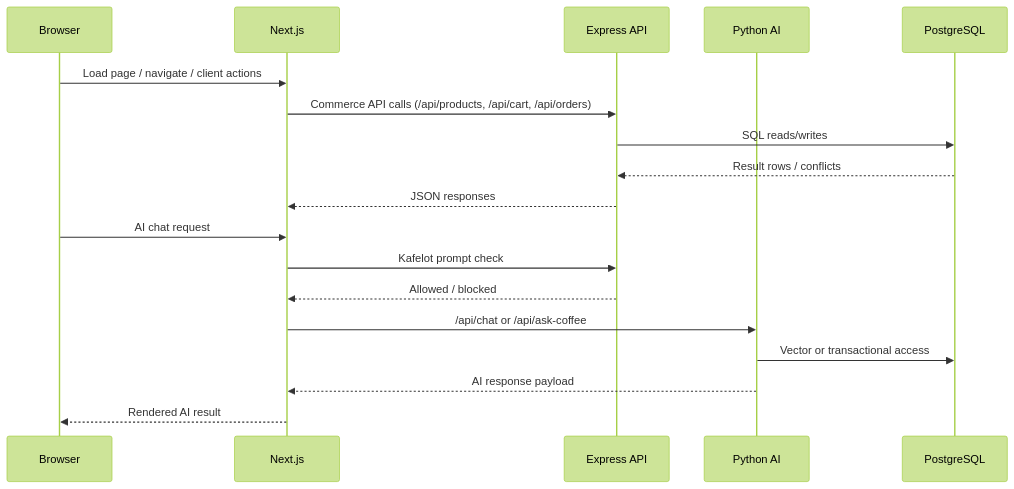
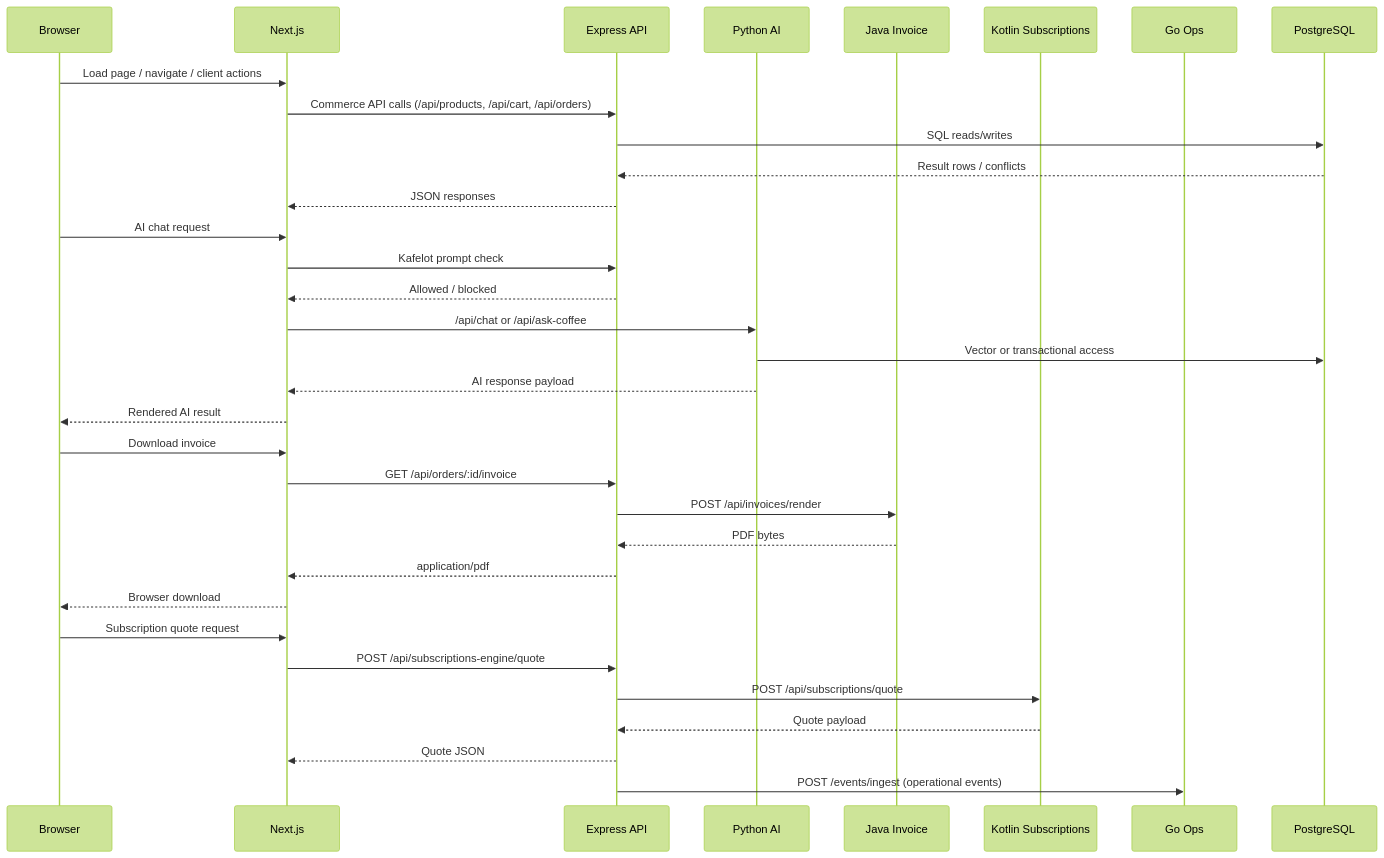
Before and after one commit to DarkShadow1107/filspresso_next: the second of 10 diagrams in README.md, drawn with Mermaid (forest theme). The commit also changed other lines of this file and 22 other files, not shown here.

````diff
--- a/README.md
+++ b/README.md
@@ -143,22 +183,40 @@
 ```mermaid
 sequenceDiagram
     participant B as Browser
     participant N as Next.js
     participant E as Express API
     participant P as Python AI
+    participant J as Java Invoice
+    participant K as Kotlin Subscriptions
+    participant G as Go Ops
     participant DB as PostgreSQL
 
     B->>N: Load page / navigate / client actions
     N->>E: Commerce API calls (/api/products, /api/cart, /api/orders)
     E->>DB: SQL reads/writes
     DB-->>E: Result rows / conflicts
     E-->>N: JSON responses
 
     B->>N: AI chat request
     N->>E: Kafelot prompt check
     E-->>N: Allowed / blocked
     N->>P: /api/chat or /api/ask-coffee
     P->>DB: Vector or transactional access
     P-->>N: AI response payload
     N-->>B: Rendered AI result
+
+    B->>N: Download invoice
+    N->>E: GET /api/orders/:id/invoice
+    E->>J: POST /api/invoices/render
+    J-->>E: PDF bytes
+    E-->>N: application/pdf
+    N-->>B: Browser download
+
+    B->>N: Subscription quote request
+    N->>E: POST /api/subscriptions-engine/quote
+    E->>K: POST /api/subscriptions/quote
+    K-->>E: Quote payload
+    E-->>N: Quote JSON
+
+    E->>G: POST /events/ingest (operational events)
 ```
````
